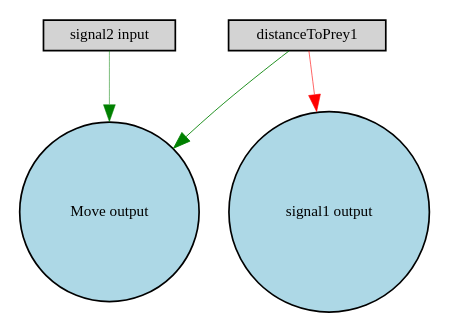
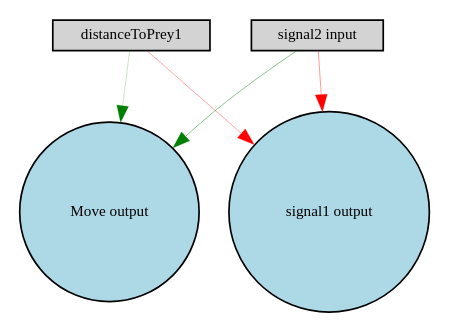
The diagram in novelty_ex/firstexercise/out/Digraph.gv (filipe-repos/Tese-trabalho), drawn with Graphviz before and after one commit. The commit also changed 186 other files, not shown here.

```diff
--- a/novelty_ex/firstexercise/out/Digraph.gv
+++ b/novelty_ex/firstexercise/out/Digraph.gv
@@ -1,10 +1,11 @@
 digraph {
 	node [fontsize=9 height=0.2 shape=circle width=0.2]
 	distanceToPrey1 [fillcolor=lightgray shape=box style=filled]
 	"signal2 input" [fillcolor=lightgray shape=box style=filled]
 	"Move output" [fillcolor=lightblue style=filled]
 	"signal1 output" [fillcolor=lightblue style=filled]
-	distanceToPrey1 -> "signal1 output" [color=red penwidth=0.3593445801602245 style=solid]
-	"signal2 input" -> "Move output" [color=green penwidth=0.31395153004821363 style=solid]
-	distanceToPrey1 -> "Move output" [color=green penwidth=0.5120339443165027 style=solid]
+	"signal2 input" -> "signal1 output" [color=red penwidth=0.2399567996947953 style=solid]
+	distanceToPrey1 -> "signal1 output" [color=red penwidth=0.2081320289598244 style=solid]
+	distanceToPrey1 -> "Move output" [color=green penwidth=0.12598544154942704 style=solid]
+	"signal2 input" -> "Move output" [color=green penwidth=0.27429229902902275 style=solid]
 }
```
